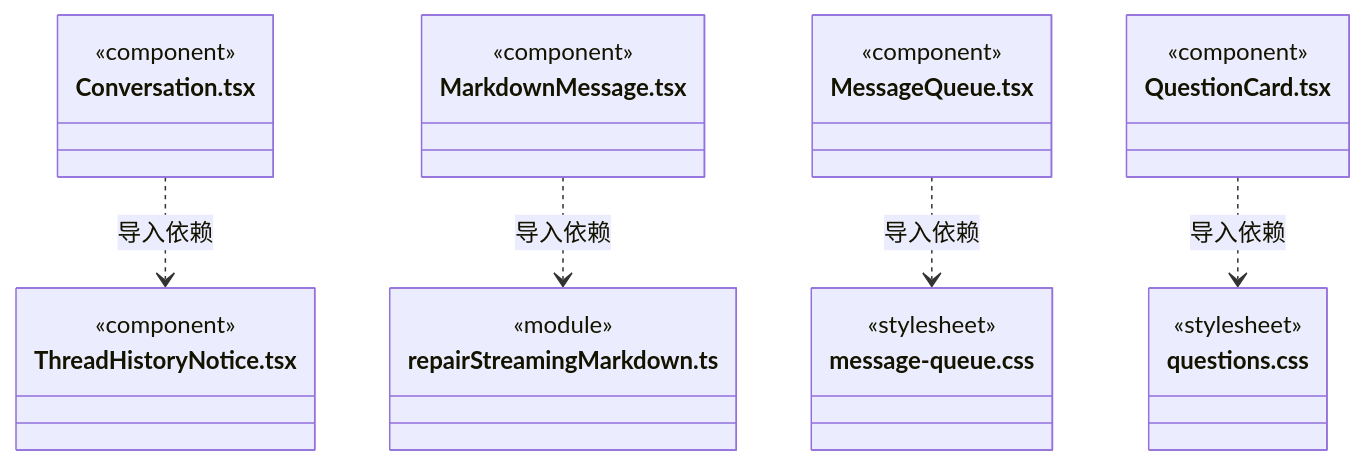
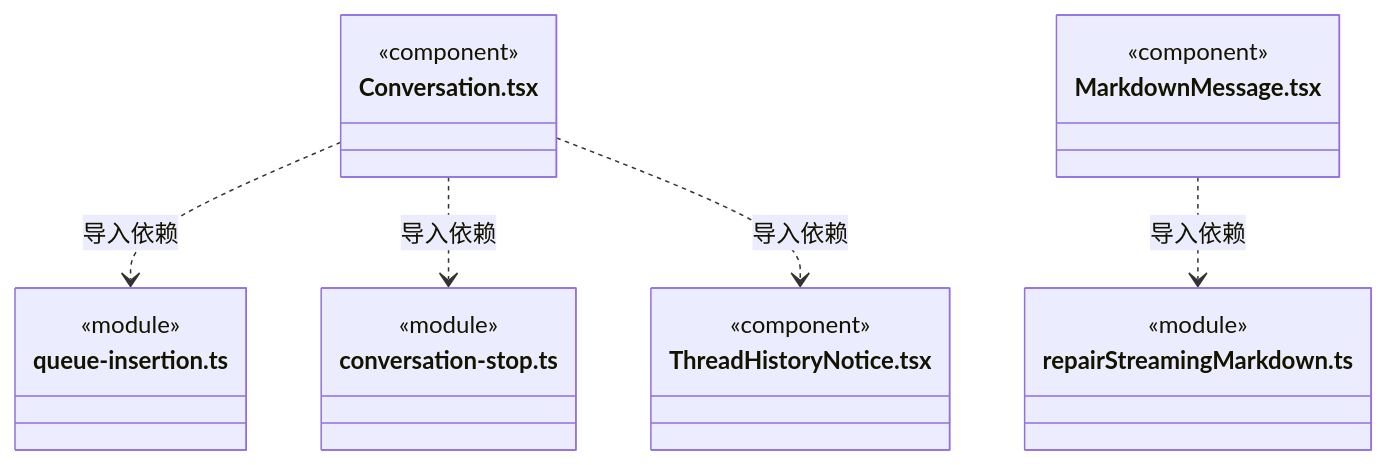
Before and after one commit to nan023062/cbim: diagram 38 of 41 in src/frontend/conversation/ARCHITECTURE.md, drawn with Mermaid. The commit also changed other lines of this file and 40 other files, not shown here.

````diff
--- a/src/frontend/conversation/ARCHITECTURE.md
+++ b/src/frontend/conversation/ARCHITECTURE.md
@@ -505,31 +576,25 @@
 ```mermaid
 classDiagram
 class N_src_frontend_conversation_Conversation_tsx["Conversation.tsx"] {
   <<component>>
+}
+class N_src_frontend_conversation_queue_insertion_ts["queue-insertion.ts"] {
+  <<module>>
+}
+class N_src_frontend_conversation_conversation_stop_ts["conversation-stop.ts"] {
+  <<module>>
 }
 class N_src_frontend_conversation_ThreadHistoryNotice_tsx["ThreadHistoryNotice.tsx"] {
   <<component>>
 }
 class N_src_frontend_conversation_MarkdownMessage_tsx["MarkdownMessage.tsx"] {
   <<component>>
 }
 class N_src_frontend_conversation_repairStreamingMarkdown_ts["repairStreamingMarkdown.ts"] {
   <<module>>
 }
-class N_src_frontend_conversation_MessageQueue_tsx["MessageQueue.tsx"] {
-  <<component>>
-}
-class N_src_frontend_conversation_message_queue_css["message-queue.css"] {
-  <<stylesheet>>
-}
-class N_src_frontend_conversation_QuestionCard_tsx["QuestionCard.tsx"] {
-  <<component>>
-}
-class N_src_frontend_conversation_questions_css["questions.css"] {
-  <<stylesheet>>
-}
+N_src_frontend_conversation_Conversation_tsx ..> N_src_frontend_conversation_queue_insertion_ts : 导入依赖
+N_src_frontend_conversation_Conversation_tsx ..> N_src_frontend_conversation_conversation_stop_ts : 导入依赖
 N_src_frontend_conversation_Conversation_tsx ..> N_src_frontend_conversation_ThreadHistoryNotice_tsx : 导入依赖
 N_src_frontend_conversation_MarkdownMessage_tsx ..> N_src_frontend_conversation_repairStreamingMarkdown_ts : 导入依赖
-N_src_frontend_conversation_MessageQueue_tsx ..> N_src_frontend_conversation_message_queue_css : 导入依赖
-N_src_frontend_conversation_QuestionCard_tsx ..> N_src_frontend_conversation_questions_css : 导入依赖
 ```
````
